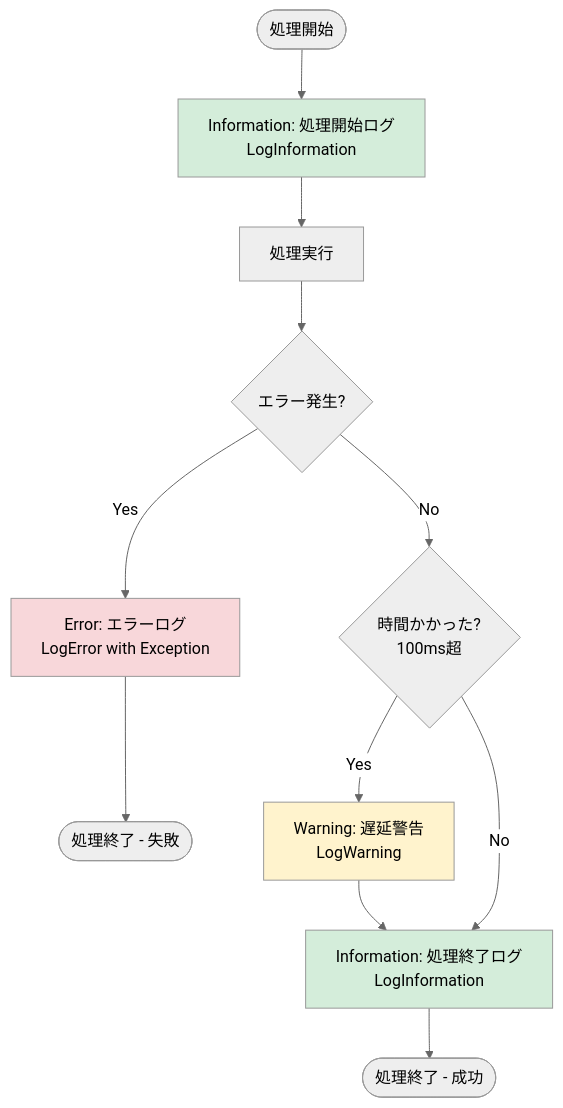
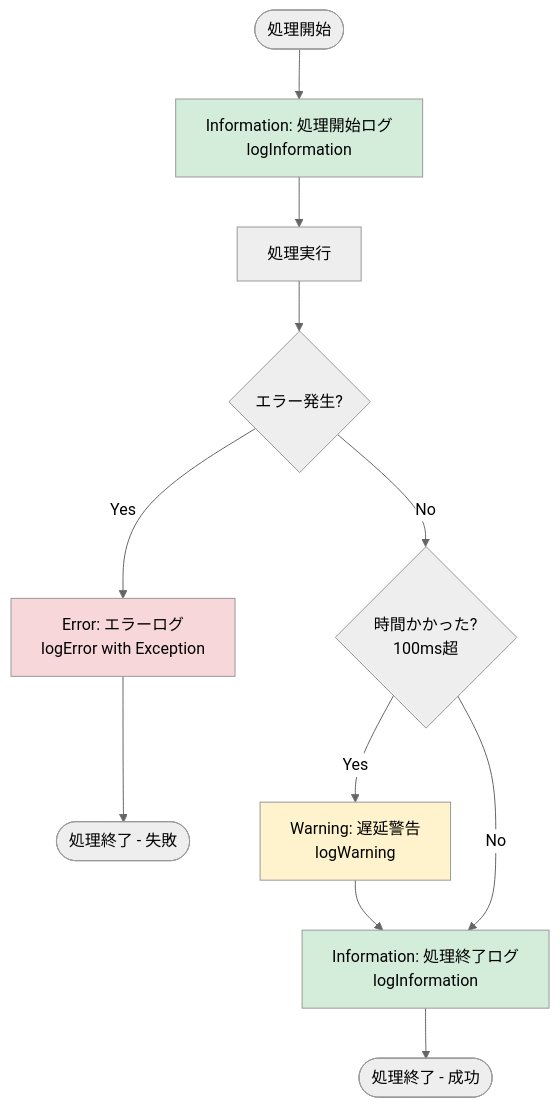
The first of 9 diagrams in .github/docs/common-design/logging.md (RYA234/dotnet_container), drawn with Mermaid (neutral theme) before and after one commit. The commit also changed other lines of this file, not shown here.

````diff
--- a/.github/docs/common-design/logging.md
+++ b/.github/docs/common-design/logging.md
@@ -97,21 +123,21 @@
 ```mermaid
 flowchart TD
-    Start([処理開始]) --> Log1[Information: 処理開始ログ<br/>LogInformation]
+    Start([処理開始]) --> Log1[Information: 処理開始ログ<br/>logInformation]
     Log1 --> Process[処理実行]
     Process --> Check{エラー発生?}
-    
-    Check -->|Yes| LogError[Error: エラーログ<br/>LogError with Exception]
+
+    Check -->|Yes| LogError[Error: エラーログ<br/>logError with Exception]
     LogError --> End1([処理終了 - 失敗])
-    
+
     Check -->|No| CheckTime{時間かかった?<br/>100ms超}
-    CheckTime -->|Yes| LogWarn[Warning: 遅延警告<br/>LogWarning]
-    LogWarn --> Log2[Information: 処理終了ログ<br/>LogInformation]
-    
+    CheckTime -->|Yes| LogWarn[Warning: 遅延警告<br/>logWarning]
+    LogWarn --> Log2[Information: 処理終了ログ<br/>logInformation]
+
     CheckTime -->|No| Log2
     Log2 --> End2([処理終了 - 成功])
-    
+
     style Log1 fill:#d4edda
     style LogError fill:#f8d7da
     style LogWarn fill:#fff3cd
     style Log2 fill:#d4edda
 ```
````
